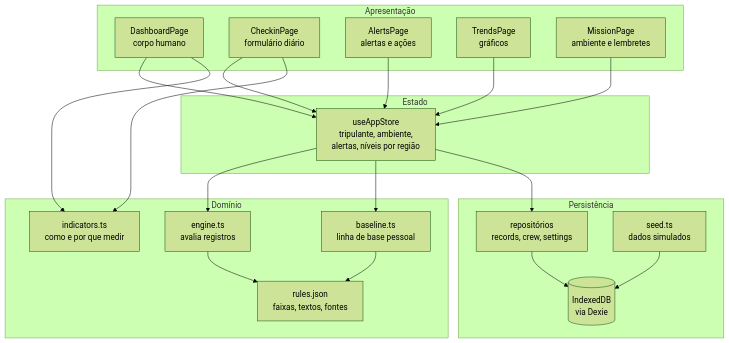
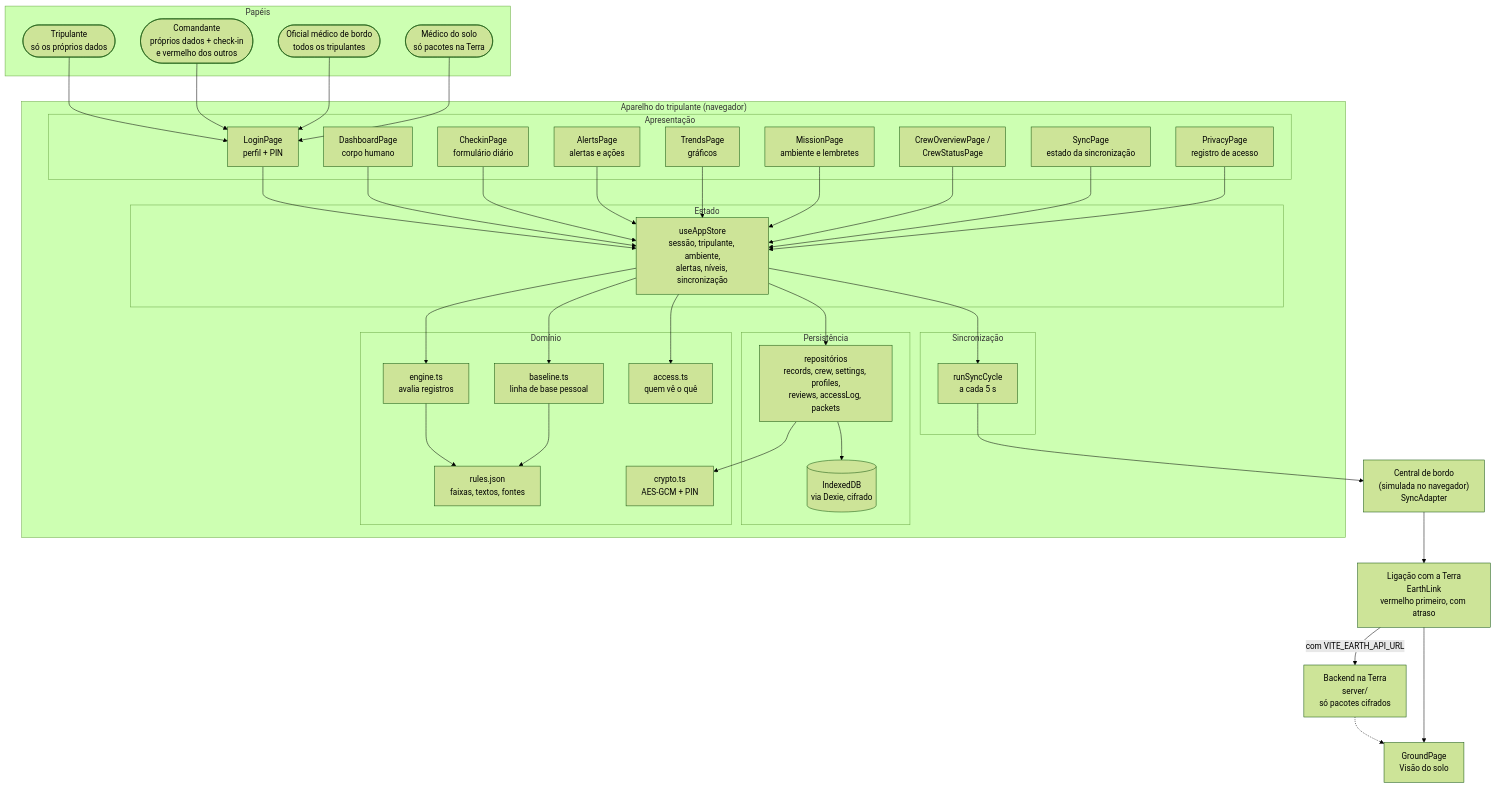
One commit to davisantbjj/NasaSpaceApp-Sentinela- changed the diagram in docs/diagramas/01-visao-geral.md. Above: the diagram before and after it, drawn with Mermaid (forest theme). The commit also changed other lines of this file and 63 other files, not shown here.

Commit message:
Implementa papéis, dados cifrados, sincronização com a Terra, backend e mapa com 5 regiões

````diff
--- a/docs/diagramas/01-visao-geral.md
+++ b/docs/diagramas/01-visao-geral.md
@@ -5,44 +5,80 @@
 ```mermaid
 flowchart TB
-    subgraph UI["Apresentação"]
-        Dashboard["DashboardPage<br/>corpo humano"]
-        Checkin["CheckinPage<br/>formulário diário"]
-        AlertsP["AlertsPage<br/>alertas e ações"]
-        Trends["TrendsPage<br/>gráficos"]
-        Mission["MissionPage<br/>ambiente e lembretes"]
+    subgraph Roles["Papéis"]
+        Crew(["Tripulante<br/>só os próprios dados"])
+        Cmd(["Comandante<br/>próprios dados + check-in<br/>e vermelho dos outros"])
+        MO(["Oficial médico de bordo<br/>todos os tripulantes"])
+        GS(["Médico do solo<br/>só pacotes na Terra"])
     end
 
-    subgraph State["Estado"]
-        Store["useAppStore<br/>tripulante, ambiente,<br/>alertas, níveis por região"]
+    subgraph Device["Aparelho do tripulante (navegador)"]
+        subgraph UI["Apresentação"]
+            Login["LoginPage<br/>perfil + PIN"]
+            Dashboard["DashboardPage<br/>corpo humano"]
+            Checkin["CheckinPage<br/>formulário diário"]
+            AlertsP["AlertsPage<br/>alertas e ações"]
+            Trends["TrendsPage<br/>gráficos"]
+            Mission["MissionPage<br/>ambiente e lembretes"]
+            CrewP["CrewOverviewPage /<br/>CrewStatusPage"]
+            SyncP["SyncPage<br/>estado da sincronização"]
+            Privacy["PrivacyPage<br/>registro de acesso"]
+        end
+
+        subgraph State["Estado"]
+            Store["useAppStore<br/>sessão, tripulante, ambiente,<br/>alertas, níveis, sincronização"]
+        end
+
+        subgraph Domain["Domínio"]
+            Engine["engine.ts<br/>avalia registros"]
+            BaselineM["baseline.ts<br/>linha de base pessoal"]
+            RulesJ["rules.json<br/>faixas, textos, fontes"]
+            Access["access.ts<br/>quem vê o quê"]
+            Crypto["crypto.ts<br/>AES-GCM + PIN"]
+        end
+
+        subgraph Data["Persistência"]
+            Repos["repositórios<br/>records, crew, settings, profiles,<br/>reviews, accessLog, packets"]
+            DB[("IndexedDB<br/>via Dexie, cifrado")]
+        end
+
+        subgraph Sync["Sincronização"]
+            Cycle["runSyncCycle<br/>a cada 5 s"]
+        end
     end
 
-    subgraph Domain["Domínio"]
-        Engine["engine.ts<br/>avalia registros"]
-        BaselineM["baseline.ts<br/>linha de base pessoal"]
-        RulesJ["rules.json<br/>faixas, textos, fontes"]
-        Content["indicators.ts<br/>como e por que medir"]
-    end
+    Central["Central de bordo<br/>(simulada no navegador)<br/>SyncAdapter"]
+    Link["Ligação com a Terra<br/>EarthLink<br/>vermelho primeiro, com atraso"]
+    Server["Backend na Terra<br/>server/<br/>só pacotes cifrados"]
+    Ground["GroundPage<br/>Visão do solo"]
 
-    subgraph Data["Persistência"]
-        Repos["repositórios<br/>records, crew, settings"]
-        DB[("IndexedDB<br/>via Dexie")]
-        Seed["seed.ts<br/>dados simulados"]
-    end
+    Crew --> Login
+    Cmd --> Login
+    MO --> Login
+    GS --> Login
 
+    Login --> Store
     Dashboard --> Store
     Checkin --> Store
     AlertsP --> Store
     Trends --> Store
     Mission --> Store
-    Checkin --> Content
-    Dashboard --> Content
+    CrewP --> Store
+    SyncP --> Store
+    Privacy --> Store
 
     Store --> Engine
     Store --> BaselineM
+    Store --> Access
     Store --> Repos
+    Store --> Cycle
     Engine --> RulesJ
     BaselineM --> RulesJ
+    Repos --> Crypto
+    Repos --> DB
 
-    Repos --> DB
-    Seed --> DB
+    Cycle --> Central
+    Central --> Link
+    Link -- "com VITE_EARTH_API_URL" --> Server
+    Link --> Ground
+    Server -.-> Ground
 ```
````
